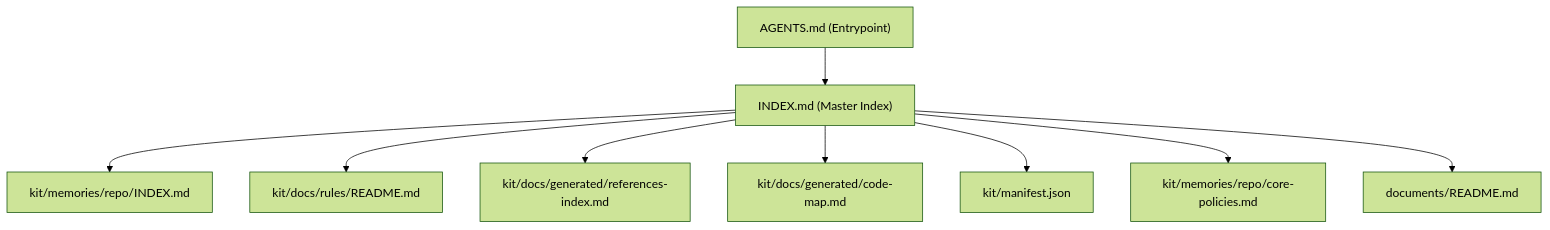
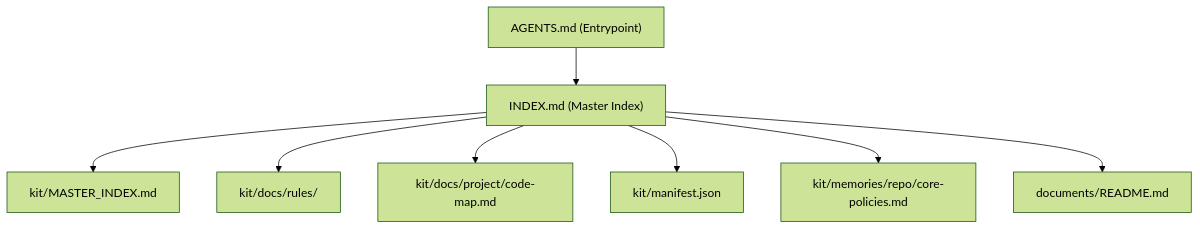
One commit to thaihai-swe/CoreZero-Nexus changed the diagram in INDEX.md. Above: the diagram before and after it, drawn with Mermaid (forest theme). The commit also changed other lines of this file and 41 other files, not shown here.

````diff
--- a/INDEX.md
+++ b/INDEX.md
@@ -20,11 +19,10 @@
 ```mermaid
 graph TD
     AGENTS["AGENTS.md (Entrypoint)"] --> INDEX["INDEX.md (Master Index)"]
-    INDEX --> MEM["kit/memories/repo/INDEX.md"]
-    INDEX --> RULES["kit/docs/rules/README.md"]
-    INDEX --> DOCS["kit/docs/generated/references-index.md"]
-    INDEX --> MAP["kit/docs/generated/code-map.md"]
+    INDEX --> MEM["kit/MASTER_INDEX.md"]
+    INDEX --> RULES["kit/docs/rules/"]
+    INDEX --> MAP["kit/docs/project/code-map.md"]
     INDEX --> MANIFEST["kit/manifest.json"]
     INDEX --> POLICIES["kit/memories/repo/core-policies.md"]
     INDEX --> MAINT["documents/README.md"]
 ```
````
